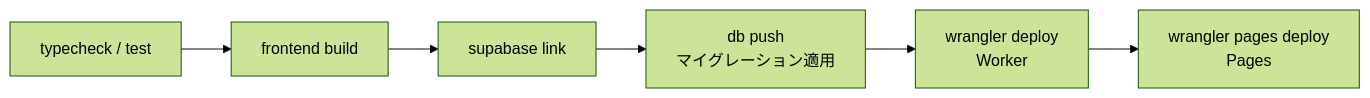
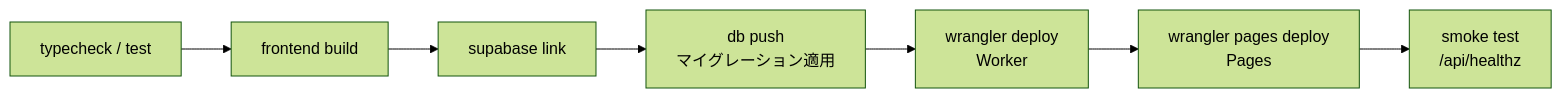
One commit to m-uesaka/regional-quiz-entry-form changed the diagram in docs/staging-setup-walkthrough.md. Above: the diagram before and after it, drawn with Mermaid (forest theme). The commit also changed other lines of this file, not shown here.

````diff
--- a/docs/staging-setup-walkthrough.md
+++ b/docs/staging-setup-walkthrough.md
@@ -9,8 +9,9 @@
 ```mermaid
 flowchart LR
   A[typecheck / test] --> B[frontend build]
   B --> C[supabase link]
   C --> D[db push<br/>マイグレーション適用]
   D --> E[wrangler deploy<br/>Worker]
   E --> F[wrangler pages deploy<br/>Pages]
+  F --> G[smoke test<br/>/api/healthz]
 ```
````
